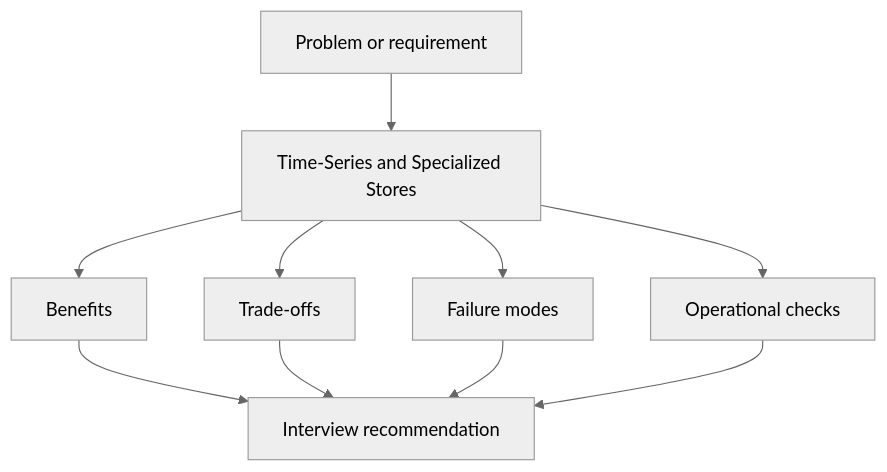
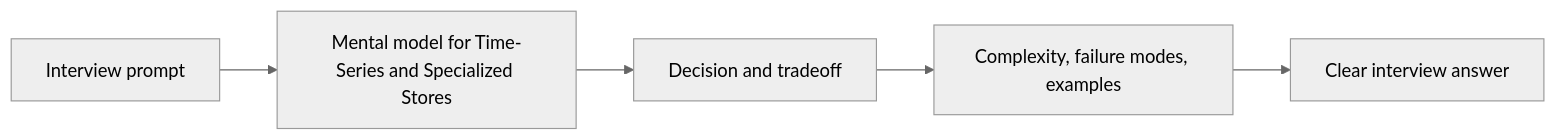
One commit to abstractinterviews/abstractinterviews.github.io changed the diagram in components/databases/specialized-stores/index.md. Above: the diagram before and after it, drawn with Mermaid (neutral theme). The commit also changed other lines of this file and 278 other files, not shown here.

````diff
--- a/components/databases/specialized-stores/index.md
+++ b/components/databases/specialized-stores/index.md
@@ -106,12 +98,7 @@
-~~~mermaid
-flowchart TD
-    Problem["Problem or requirement"] --> Concept["Time-Series and Specialized Stores"]
-    Concept --> Benefits["Benefits"]
-    Concept --> Tradeoffs["Trade-offs"]
-    Concept --> FailureModes["Failure modes"]
-    Concept --> Operations["Operational checks"]
-    Benefits --> Decision["Interview recommendation"]
-    Tradeoffs --> Decision
-    FailureModes --> Decision
-    Operations --> Decision
-~~~
+```mermaid
+flowchart LR
+    Problem["Interview prompt"] --> Model["Mental model for Time-Series and Specialized Stores"]
+    Model --> Choice["Decision and tradeoff"]
+    Choice --> Evidence["Complexity, failure modes, examples"]
+    Evidence --> Answer["Clear interview answer"]
+```
````
